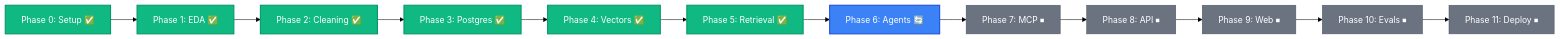
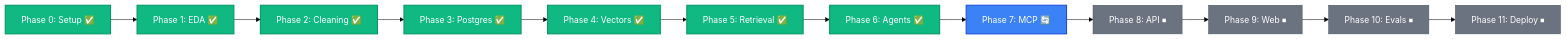
Before and after one commit to iar01/nutrition-and-food-label-analyzer: the third of 3 diagrams in README.md, drawn with Mermaid (forest theme). The commit also changed other lines of this file and 36 other files, not shown here.

Commit message:
fix(ci): fix postgres & qdrant test fixtures, resolve mypy typing, complete phase 6 agents

````diff
--- a/README.md
+++ b/README.md
@@ -54,22 +54,22 @@
 ```mermaid
 flowchart LR
     P0["Phase 0: Setup ✅"] --> P1["Phase 1: EDA ✅"]
     P1 --> P2["Phase 2: Cleaning ✅"]
     P2 --> P3["Phase 3: Postgres ✅"]
     P3 --> P4["Phase 4: Vectors ✅"]
     P4 --> P5["Phase 5: Retrieval ✅"]
-    P5 --> P6["Phase 6: Agents 🔄"]
-    P6 --> P7["Phase 7: MCP ⏹"]
+    P5 --> P6["Phase 6: Agents ✅"]
+    P6 --> P7["Phase 7: MCP 🔄"]
     P7 --> P8["Phase 8: API ⏹"]
     P8 --> P9["Phase 9: Web ⏹"]
     P9 --> P10["Phase 10: Evals ⏹"]
     P10 --> P11["Phase 11: Deploy ⏹"]
 
     classDef done fill:#10b981,stroke:#059669,stroke-width:2px,color:#fff;
     classDef current fill:#3b82f6,stroke:#1d4ed8,stroke-width:2px,color:#fff;
     classDef pending fill:#6b7280,stroke:#4b5563,stroke-width:1px,color:#fff;
 
-    class P0,P1,P2,P3,P4,P5 done;
-    class P6 current;
-    class P7,P8,P9,P10,P11 pending;
+    class P0,P1,P2,P3,P4,P5,P6 done;
+    class P7 current;
+    class P8,P9,P10,P11 pending;
 ```
````
